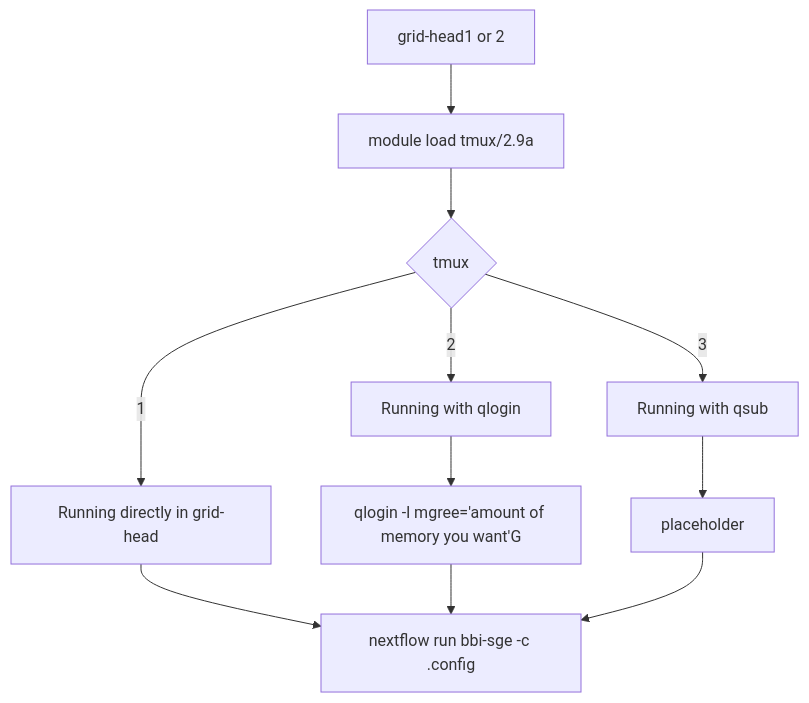
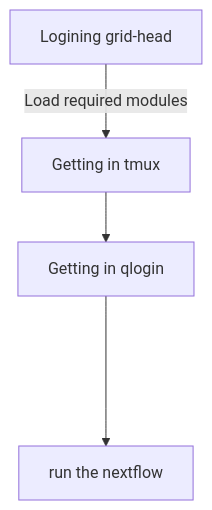
The diagram in README.md (bbi-lab/bbi-sge), drawn with Mermaid before and after one commit. The commit also changed other lines of this file and 11 other files, not shown here.

````diff
--- a/README.md
+++ b/README.md
@@ -7,13 +7,6 @@
 ```mermaid
   graph TD;
-      A[grid-head1 or 2] --> B[module load tmux/2.9a];
-      B --> C{tmux};
-      C --1--> D[Running directly in grid-head];
-      C --2--> E[Running with qlogin];
-      C --3--> F[Running with qsub];
-      E --> H[qlogin -l mgree='amount of memory you want'G]
-      F --> I[placeholder];
-      D --> J[nextflow run bbi-sge -c <config name>.config];
-      H --> J[nextflow run bbi-sge -c <config name>.config];
-      I --> J[nextflow run bbi-sge -c <config name>.config];
+      A[Logining grid-head] --Load required modules--> B[Getting in tmux];
+      B --> C[Getting in qlogin];
+      C ----> D[run the nextflow];
 ```
````
